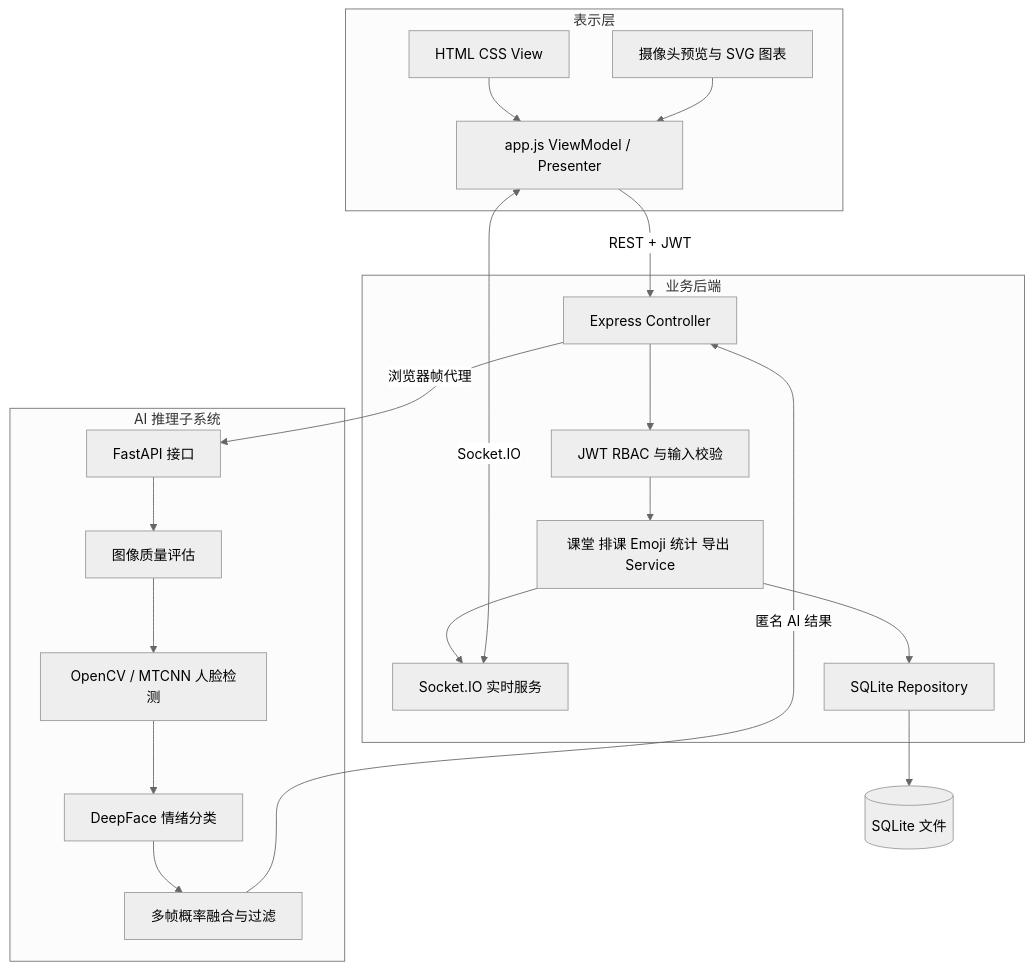
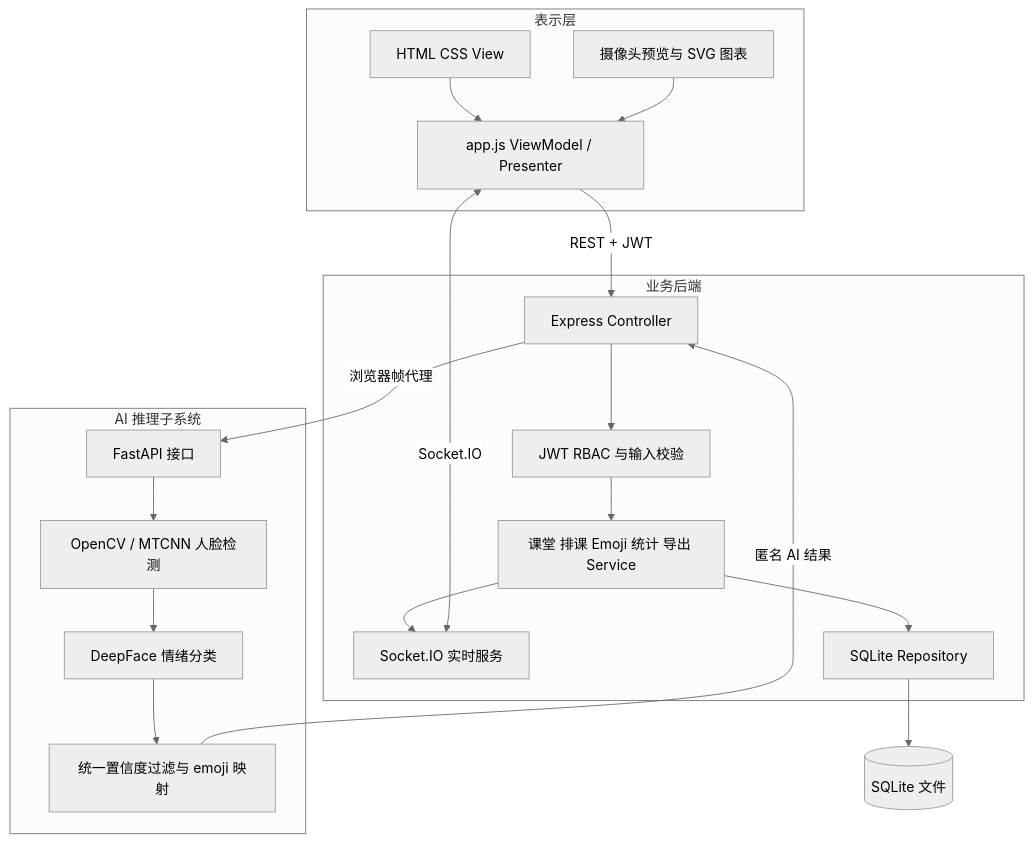
One commit to Qian122/emoji changed the second of 8 diagrams in docs/design.md. Above: the diagram before and after it, drawn with Mermaid (neutral theme). The commit also changed other lines of this file and 18 other files, not shown here.

````diff
--- a/docs/design.md
+++ b/docs/design.md
@@ -24,37 +24,36 @@
 ```mermaid
 flowchart TB
   subgraph Client[表示层]
     View[HTML CSS View]
     Presenter[app.js ViewModel / Presenter]
     Preview[摄像头预览与 SVG 图表]
     View --> Presenter
     Preview --> Presenter
   end
 
   subgraph Server[业务后端]
     Controller[Express Controller]
     Auth[JWT RBAC 与输入校验]
     Domain[课堂 排课 Emoji 统计 导出 Service]
     Realtime[Socket.IO 实时服务]
     Repository[SQLite Repository]
     Controller --> Auth
     Auth --> Domain
     Domain --> Repository
     Domain --> Realtime
   end
 
   subgraph Inference[AI 推理子系统]
     FastAPI[FastAPI 接口]
-    Quality[图像质量评估]
     Detect[OpenCV / MTCNN 人脸检测]
     Emotion[DeepFace 情绪分类]
-    Fusion[多帧概率融合与过滤]
-    FastAPI --> Quality --> Detect --> Emotion --> Fusion
+    Filter[统一置信度过滤与 emoji 映射]
+    FastAPI --> Detect --> Emotion --> Filter
   end
 
   Presenter -->|REST + JWT| Controller
   Presenter <-->|Socket.IO| Realtime
   Controller -->|浏览器帧代理| FastAPI
-  Fusion -->|匿名 AI 结果| Controller
+  Filter -->|匿名 AI 结果| Controller
   Repository --> Database[(SQLite 文件)]
 ```
````
